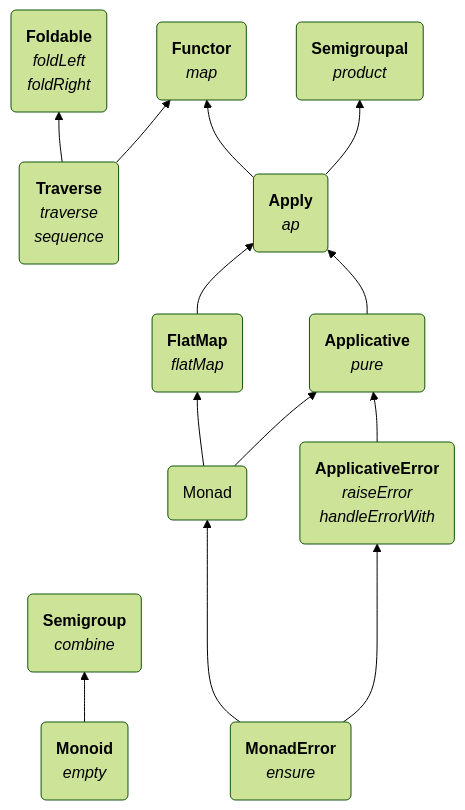
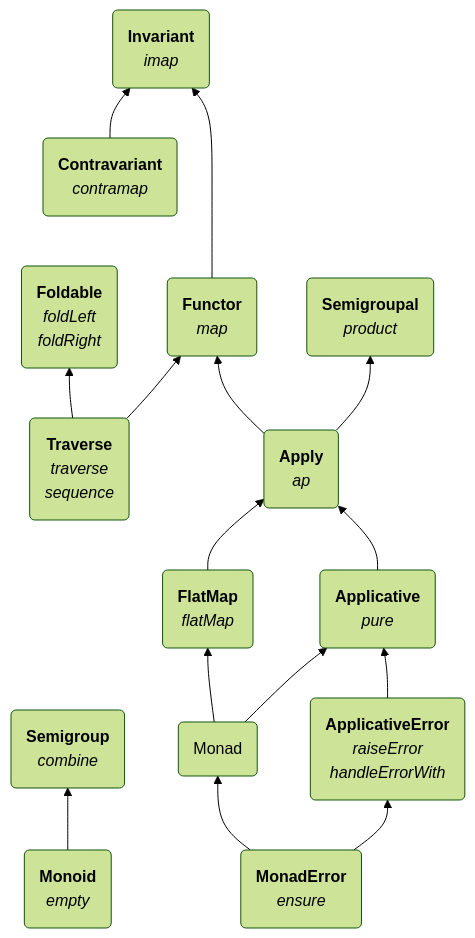
One commit to DarrenBishop/cats-course changed the diagram in m4-type-classes/docs/00-TypeClassHierachy.md. Above: the diagram before and after it, drawn with Mermaid (forest theme). The commit also changed 1 other file, not shown here.

Commit message:
Invariant

````diff
--- a/m4-type-classes/docs/00-TypeClassHierachy.md
+++ b/m4-type-classes/docs/00-TypeClassHierachy.md
@@ -3,41 +3,47 @@
 ```mermaid
 flowchart BT
     S("`**Semigroup**
     _combine_`")
     MD("`**Monoid**
     _empty_`")
     MD --> S
+    I("`**Invariant**
+    _imap_`")
+    C("`**Contravariant**
+    _contramap_`")
+    C --> I
+    F("`**Functor**
+    _map_`")
+    F ---> I
     FO("`**Foldable**
     _foldLeft_
     _foldRight_`")
     T("`**Traverse**
     _traverse_
     _sequence_`")
-    F("`**Functor**
-    _map_`")
     T --> FO
     T --> F
     SL("`**Semigroupal**
     _product_`")
     AP("`**Apply**
     _ap_`")
     AP --> F
     AP --> SL
     FM("`**FlatMap**
     _flatMap_`")
     FM --> AP
     A("`**Applicative**
     _pure_`")
     A --> AP
     AE("`**ApplicativeError**
     _raiseError_
     _handleErrorWith_`")
     AE --> A
     M(Monad)
     M --> FM
     M --> A
     ME("`**MonadError**
     _ensure_`")
-    ME ---> M
+    ME --> M
     ME --> AE
 ```
````
